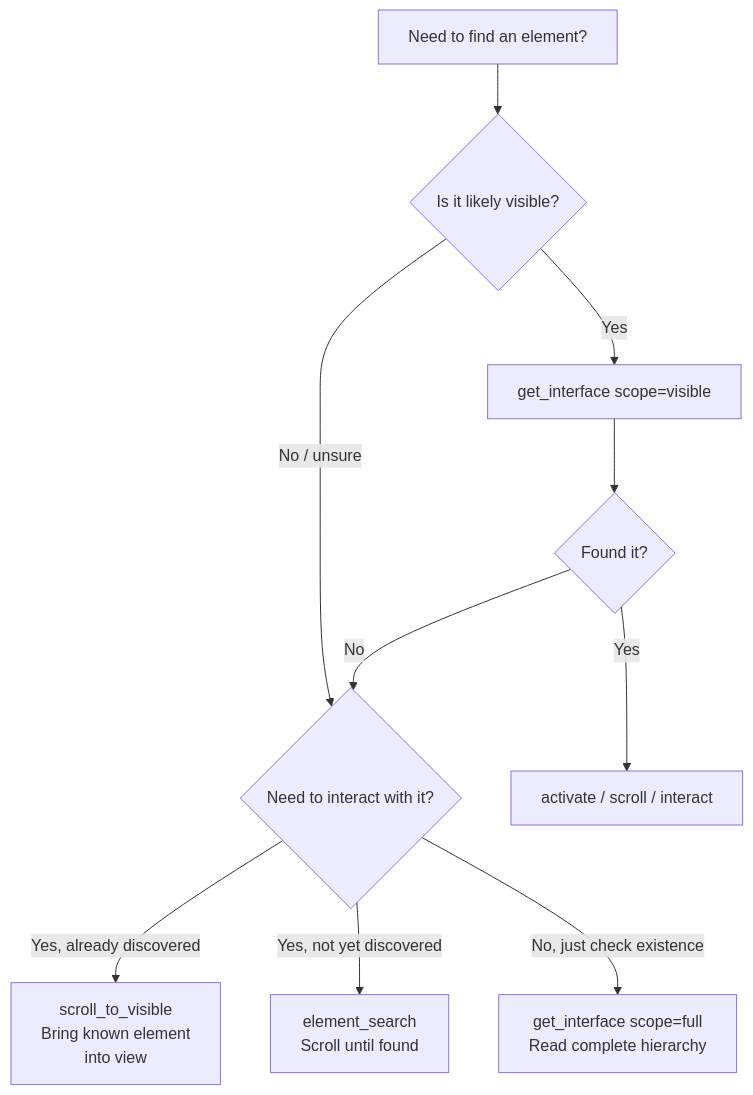
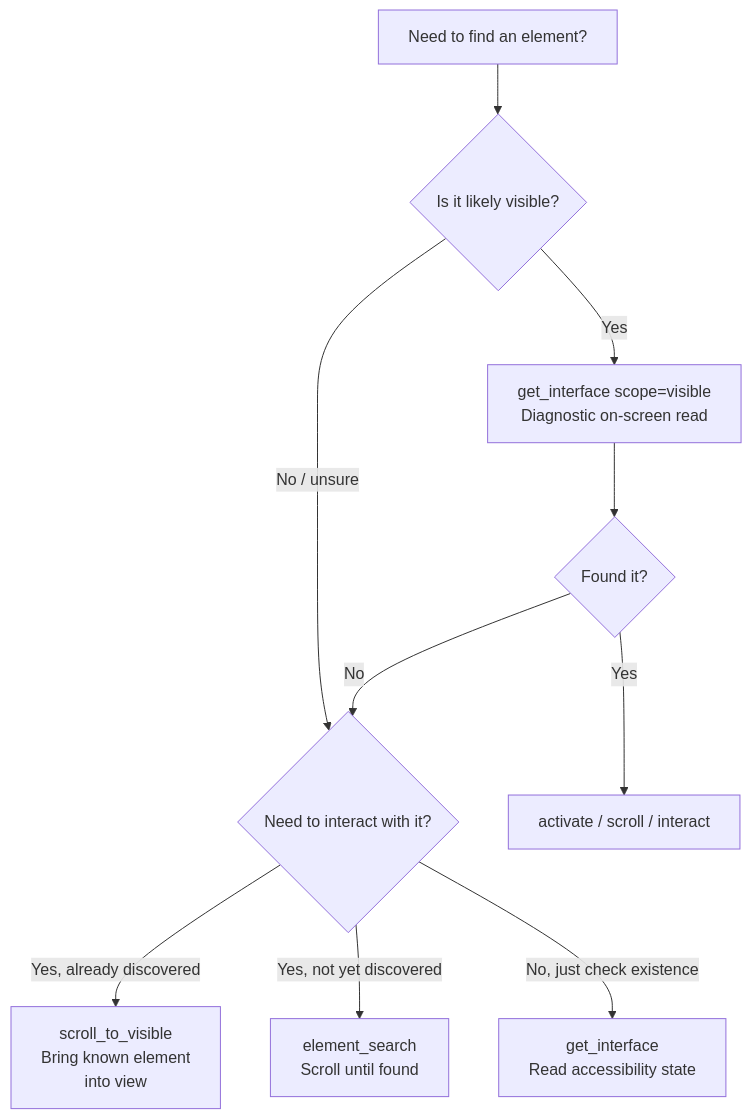
The third of 5 diagrams in docs/WIRE-PROTOCOL.md (RoyalPineapple/TheButtonHeist), drawn with Mermaid before and after one commit. The commit also changed other lines of this file and 25 other files, not shown here.

Commit message:
Hide full get_interface scope from public surfaces

````diff
--- a/docs/WIRE-PROTOCOL.md
+++ b/docs/WIRE-PROTOCOL.md
@@ -945,12 +945,12 @@
 ```mermaid
 flowchart TD
     A[Need to find an element?] --> B{Is it likely visible?}
-    B -->|Yes| C[get_interface scope=visible]
+    B -->|Yes| C[get_interface scope=visible<br>Diagnostic on-screen read]
     B -->|No / unsure| D{Need to interact with it?}
     D -->|Yes, already discovered| E[scroll_to_visible<br>Bring known element<br>into view]
     D -->|Yes, not yet discovered| I[element_search<br>Scroll until found]
-    D -->|No, just check existence| F[get_interface scope=full<br>Read complete hierarchy]
+    D -->|No, just check existence| F[get_interface<br>Read accessibility state]
     C --> G{Found it?}
     G -->|Yes| H[activate / scroll / interact]
     G -->|No| D
 ```
````
